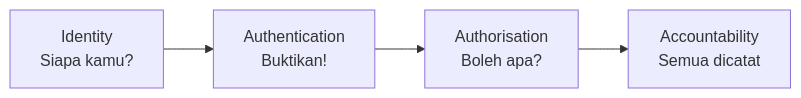
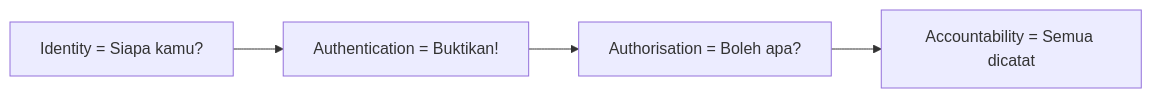
Before and after one commit to Dimm377/CyberSec-Learning-Notes: the diagram in THM-Notes/Cyber-Security-101/OWASP-Top-10-(2025)/OWASP-Top-10-2025-IAAA Failures.md, drawn with Mermaid.

Commit message:
OWASP Top 10 (2025)

````diff
--- a/THM-Notes/Cyber-Security-101/OWASP-Top-10-(2025)/OWASP-Top-10-2025-IAAA Failures.md
+++ b/THM-Notes/Cyber-Security-101/OWASP-Top-10-(2025)/OWASP-Top-10-2025-IAAA Failures.md
@@ -36,6 +36,6 @@
 ```mermaid
 flowchart LR
-    A["Identity\nSiapa kamu?"] --> B["Authentication\nBuktikan!"]
-    B --> C["Authorisation\nBoleh apa?"]
-    C --> D["Accountability\nSemua dicatat"]
+    A["Identity = Siapa kamu?"] --> B["Authentication = Buktikan!"]
+    B --> C["Authorisation = Boleh apa?"]
+    C --> D["Accountability = Semua dicatat"]
 ```
````
